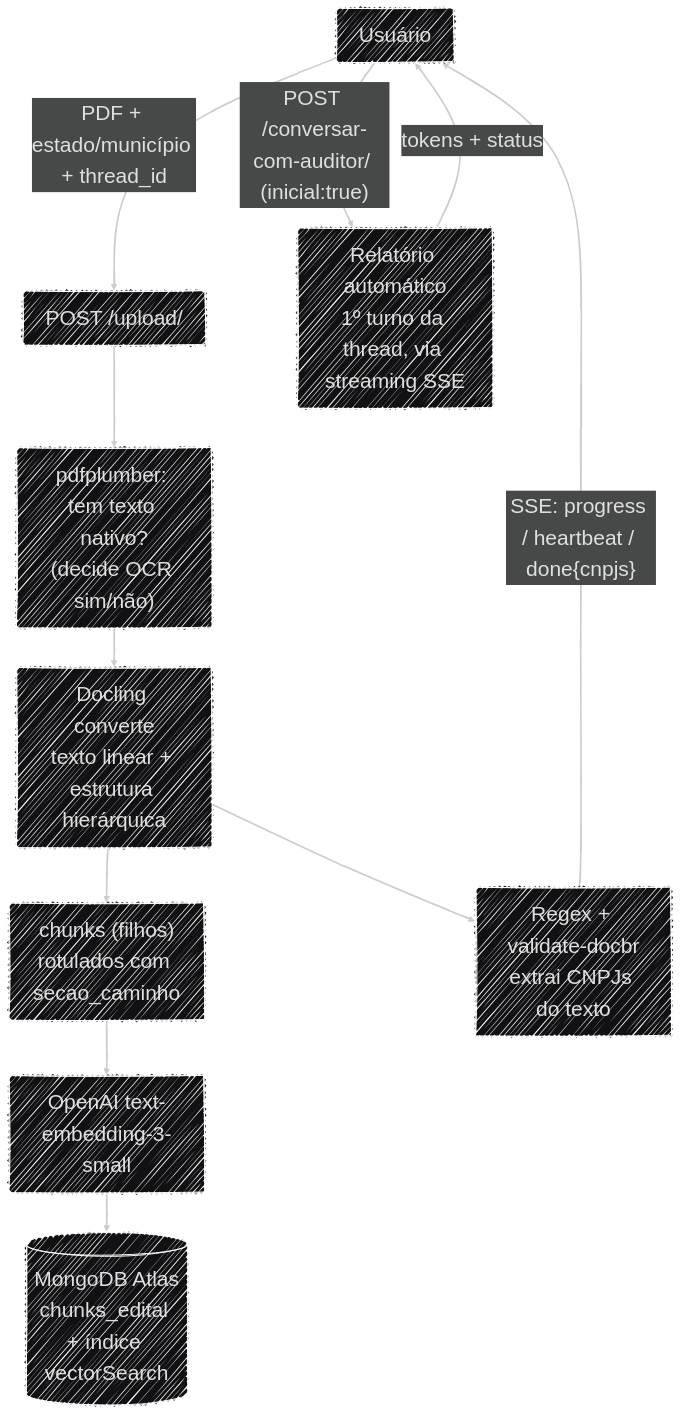
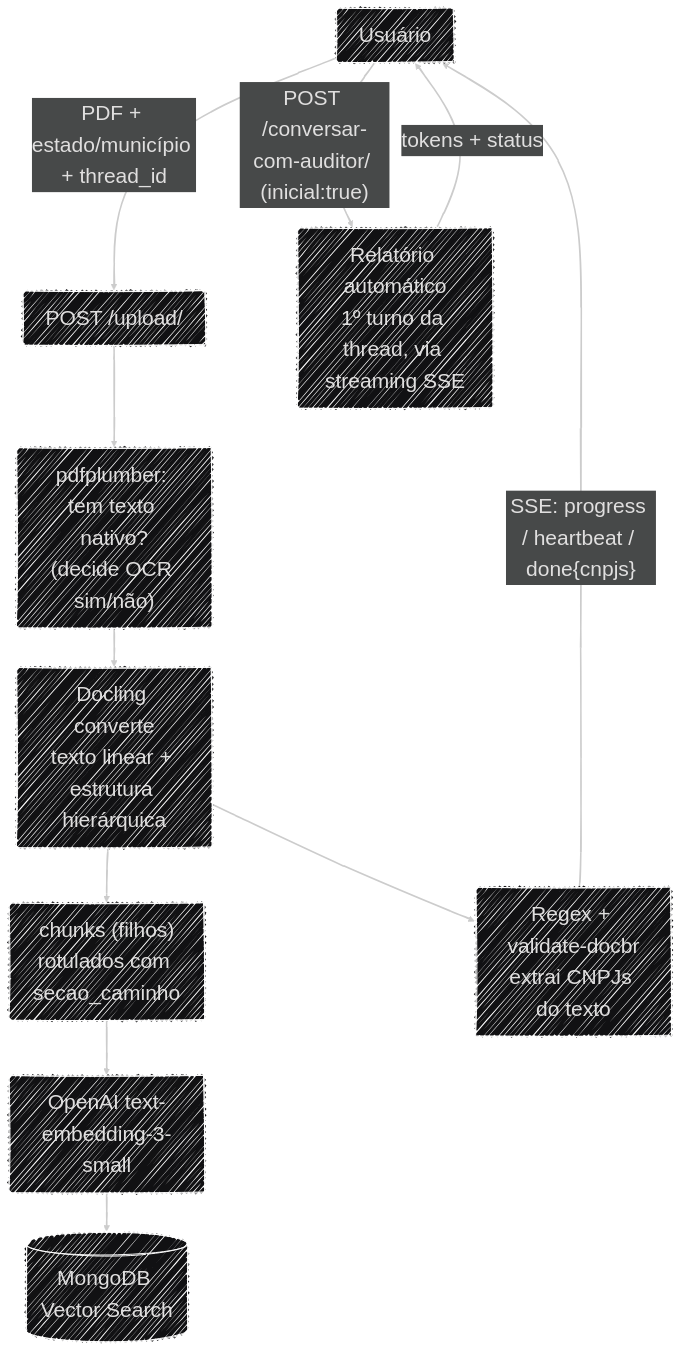
One commit to Moreira-89/auditor-cidadao changed the first of 3 diagrams in docs/arquitetura/fluxo_dados.md. Above: the diagram before and after it, drawn with Mermaid. The commit also changed other lines of this file, not shown here.

Commit message:
docs(arquitetura): usa "MongoDB Vector Search" nos diagramas de fluxo de dados
Mesma simplificação já aplicada no diagrama do pilar Operacional —
não expõe nome de banco/coleção no diagrama, só a peça de infra.

````diff
--- a/docs/arquitetura/fluxo_dados.md
+++ b/docs/arquitetura/fluxo_dados.md
@@ -8,23 +8,23 @@
 ```mermaid
 ---
 config:
   layout: dagre
   theme: redux-dark
   look: handDrawn
   fontFamily: '''Source Code Pro Variable'', monospace'
   themeVariables:
     fontFamily: '''Source Code Pro Variable'', monospace'
     fontSize: '28px'
 ---
 flowchart TB
     U["Usuário"] -->|"PDF + estado/município + thread_id"| UP["POST /upload/"]
     UP --> CHECK["pdfplumber: tem texto nativo?<br>(decide OCR sim/não)"]
     CHECK --> PDF["Docling converte<br>texto linear + estrutura hierárquica"]
     PDF --> FIL["chunks (filhos)<br>rotulados com secao_caminho"]
     FIL --> EMB["OpenAI text-embedding-3-small"]
-    EMB --> MG[("MongoDB Atlas<br>chunks_edital + índice vectorSearch")]
+    EMB --> MG[("MongoDB Vector Search")]
     PDF --> CNPJ["Regex + validate-docbr<br>extrai CNPJs do texto"]
     CNPJ -->|"SSE: progress / heartbeat / done{cnpjs}"| U
     U -->|"POST /conversar-com-auditor/ (inicial:true)"| REL["Relatório automático<br>1º turno da thread, via streaming SSE"]
     REL -->|"tokens + status"| U
 ```
````
